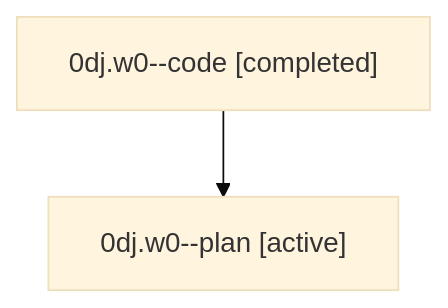
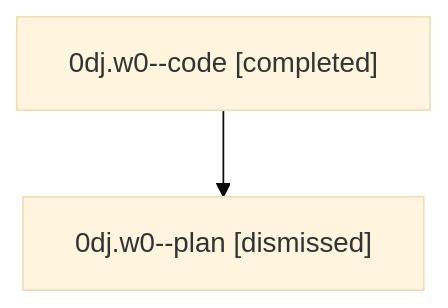
Before and after one commit to sase-org/sase--agents: the diagram in sessions/bbugyi200.athena.0dj.w0.md, drawn with Mermaid (base theme). The commit also changed other lines of this file and 27 other files, not shown here.

````diff
--- a/sessions/bbugyi200.athena.0dj.w0.md
+++ b/sessions/bbugyi200.athena.0dj.w0.md
@@ -9,6 +9,6 @@
 ```mermaid
 flowchart TD
   n0["0dj.w0--code [completed]"]
-  n1["0dj.w0--plan [active]"]
+  n1["0dj.w0--plan [dismissed]"]
   n0 --> n1
 ```
````
